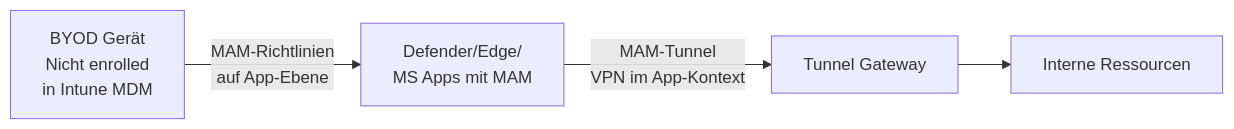
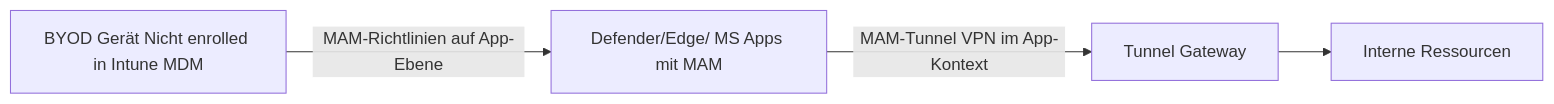
Before and after one commit to SoniiiT/notes-n-docs: the second of 3 diagrams in Microsoft 365/Intune Suite/Microsoft Tunnel.md, drawn with Mermaid. The commit also changed other lines of this file and 124 other files, not shown here.

First line of the commit message:
fix: Entferne \n aus allen Mermaid-Diagrammen (125 Dateien)

````diff
--- a/Microsoft 365/Intune Suite/Microsoft Tunnel.md
+++ b/Microsoft 365/Intune Suite/Microsoft Tunnel.md
@@ -255,6 +255,6 @@
 ```mermaid
 graph LR
-    BYOD[BYOD Gerät\nNicht enrolled\nin Intune MDM] -->|MAM-Richtlinien\nauf App-Ebene| MAM_CLIENT[Defender/Edge/\nMS Apps mit MAM]
-    MAM_CLIENT -->|MAM-Tunnel\nVPN im App-Kontext| GATEWAY[Tunnel Gateway]
+    BYOD[BYOD Gerät Nicht enrolled in Intune MDM] -->|MAM-Richtlinien auf App-Ebene| MAM_CLIENT[Defender/Edge/ MS Apps mit MAM]
+    MAM_CLIENT -->|MAM-Tunnel VPN im App-Kontext| GATEWAY[Tunnel Gateway]
     GATEWAY --> INTERNAL[Interne Ressourcen]
 ```
````
